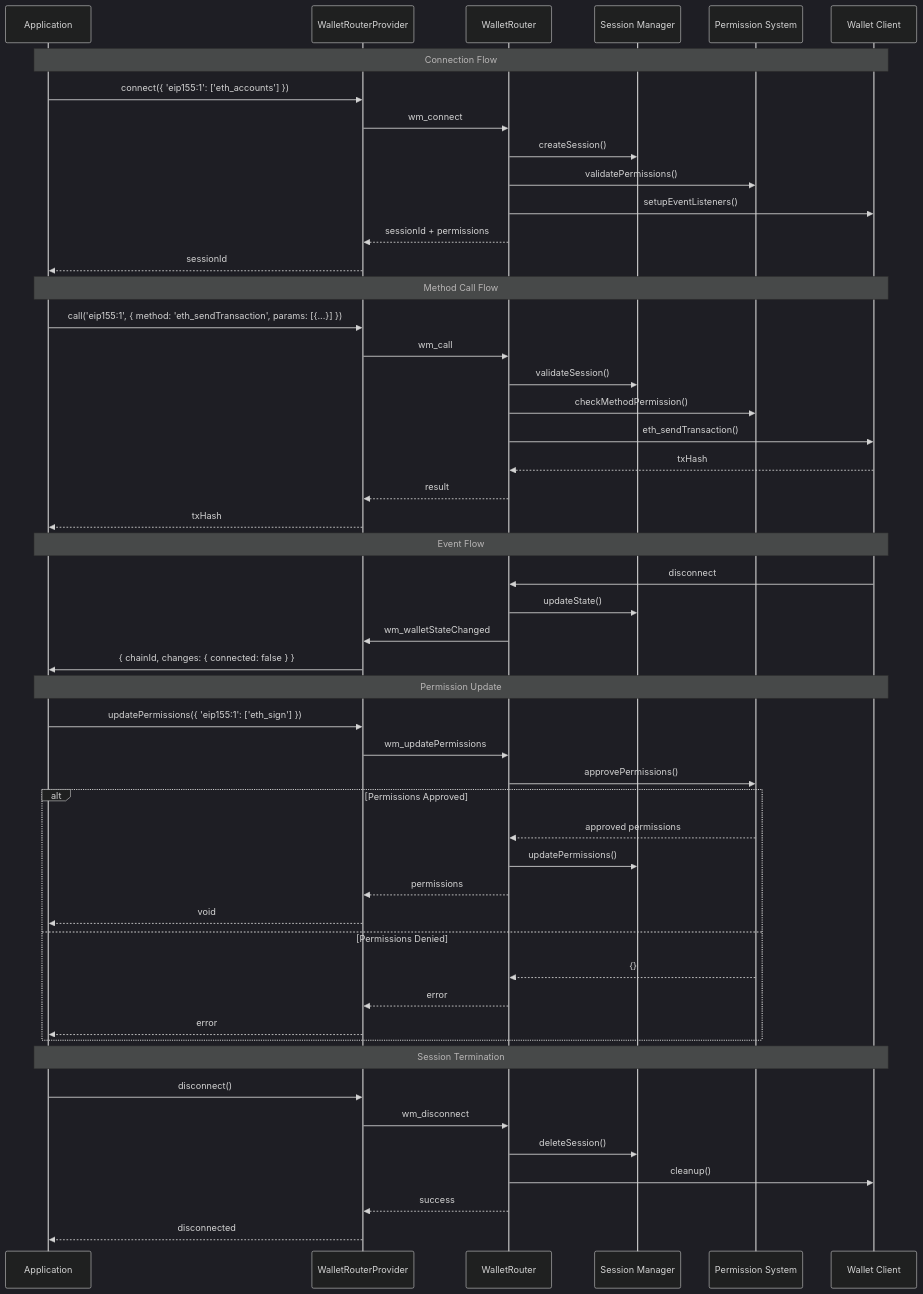
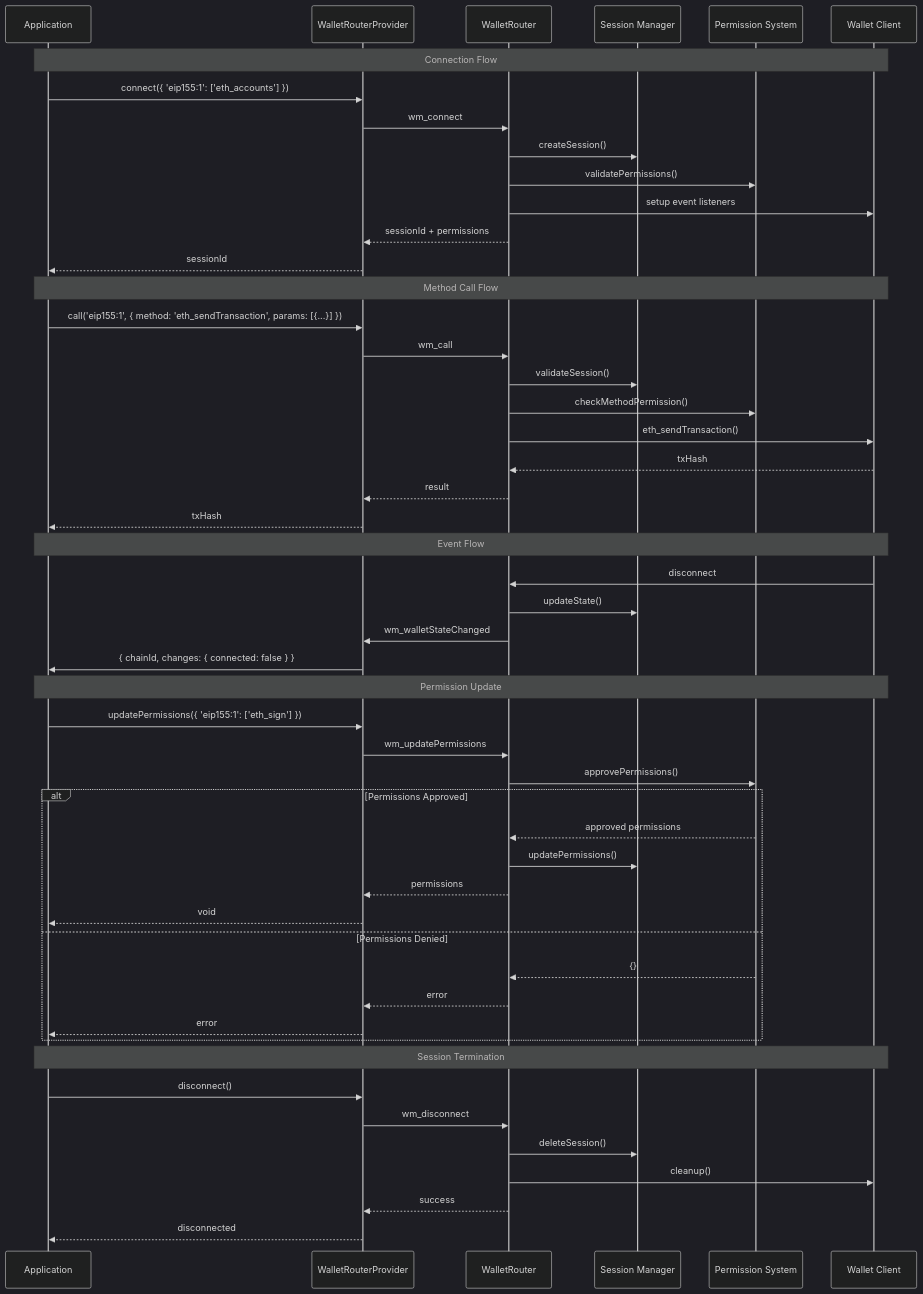
Before and after one commit to WalletMesh/walletmesh-packages: the second of 2 diagrams in core/router/README.md, drawn with Mermaid (dark theme). The commit also changed other lines of this file and 142 other files, not shown here.

````diff
--- a/core/router/README.md
+++ b/core/router/README.md
@@ -125,57 +140,57 @@
 ```mermaid
 sequenceDiagram
     participant App as Application
     participant Provider as WalletRouterProvider
     participant Router as WalletRouter
     participant Session as Session Manager
     participant Perms as Permission System
     participant Wallet as Wallet Client
 
     Note over App,Wallet: Connection Flow
     App->>Provider: connect({ 'eip155:1': ['eth_accounts'] })
     Provider->>Router: wm_connect
     Router->>Session: createSession()
     Router->>Perms: validatePermissions()
-    Router->>Wallet: setupEventListeners()
+    Router->>Wallet: setup event listeners
     Router-->>Provider: sessionId + permissions
     Provider-->>App: sessionId
 
     Note over App,Wallet: Method Call Flow
     App->>Provider: call('eip155:1', { method: 'eth_sendTransaction', params: [{...}] })
     Provider->>Router: wm_call
     Router->>Session: validateSession()
     Router->>Perms: checkMethodPermission()
     Router->>Wallet: eth_sendTransaction()
     Wallet-->>Router: txHash
     Router-->>Provider: result
     Provider-->>App: txHash
 
     Note over App,Wallet: Event Flow
     Wallet->>Router: disconnect
     Router->>Session: updateState()
     Router->>Provider: wm_walletStateChanged
     Provider->>App: { chainId, changes: { connected: false } }
 
     Note over App,Wallet: Permission Update
     App->>Provider: updatePermissions({ 'eip155:1': ['eth_sign'] })
     Provider->>Router: wm_updatePermissions
     Router->>Perms: approvePermissions()
     alt Permissions Approved
         Perms-->>Router: approved permissions
         Router->>Session: updatePermissions()
         Router-->>Provider: permissions
         Provider-->>App: void
     else Permissions Denied
         Perms-->>Router: {}
         Router-->>Provider: error
         Provider-->>App: error
     end
 
     Note over App,Wallet: Session Termination
     App->>Provider: disconnect()
     Provider->>Router: wm_disconnect
     Router->>Session: deleteSession()
     Router->>Wallet: cleanup()
     Router-->>Provider: success
     Provider-->>App: disconnected
 ```
````
